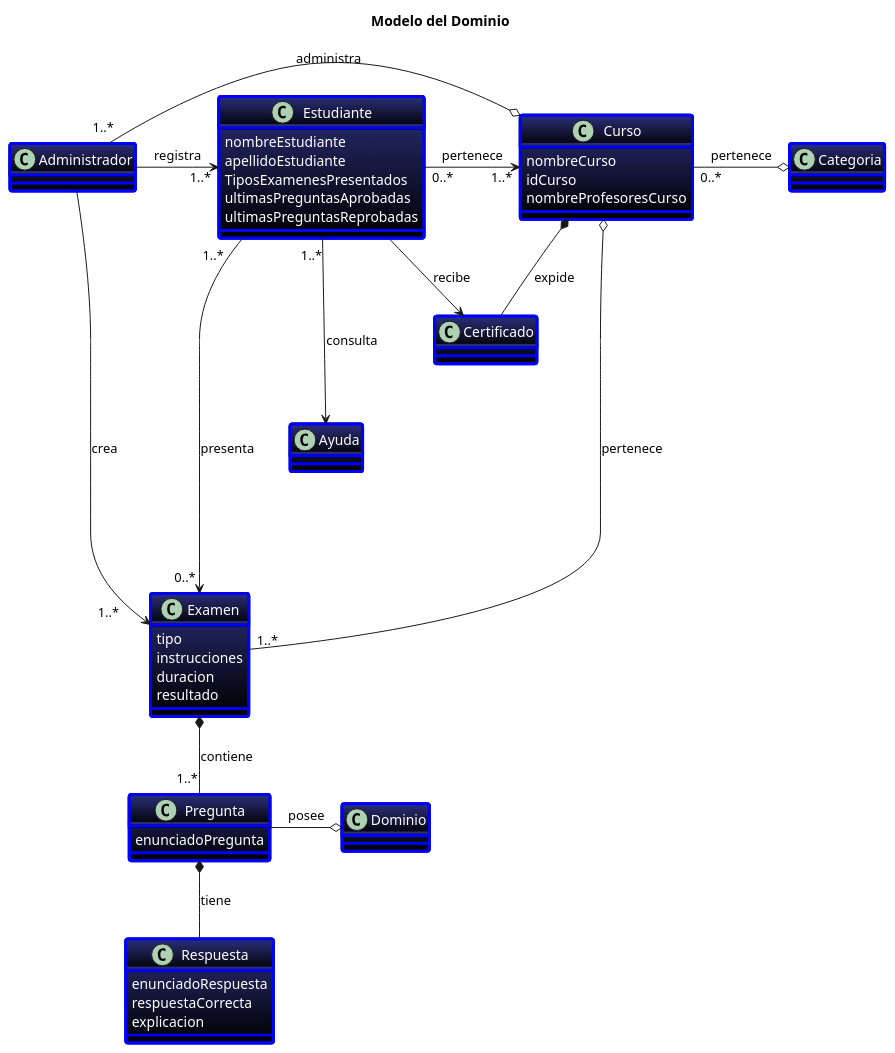
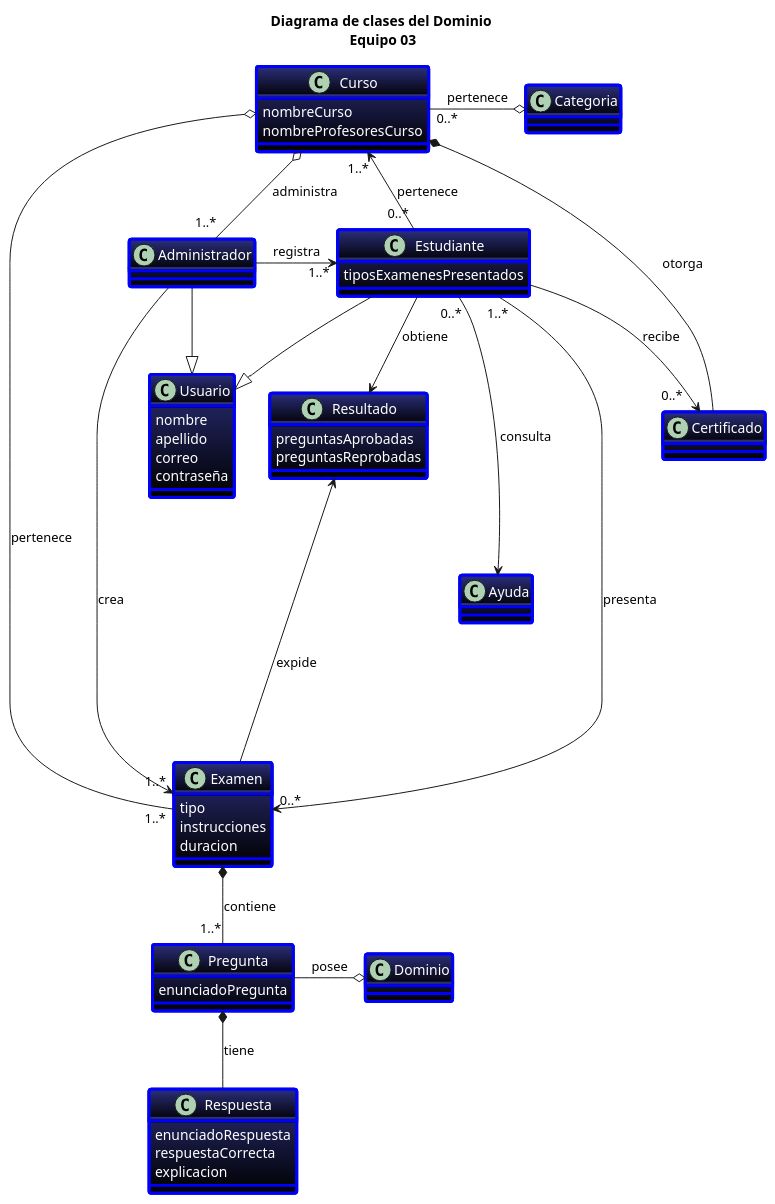
The diagram in docs/scenariosView/diagramaClasesDominio.plantuml (febres35/EdTech_IS), drawn with PlantUML before and after one commit. The commit also changed 1 other file, not shown here.

Commit message:
Cambios Diagrama de clases del dominio Se agrego la clase Usuario Se agrego la clase resultado

```diff
--- a/docs/scenariosView/diagramaClasesDominio.plantuml
+++ b/docs/scenariosView/diagramaClasesDominio.plantuml
@@ -1,66 +1,78 @@
 @startuml "Diagrama de clases"
 
-title "Modelo del Dominio"
+title "Diagrama de clases del Dominio\n Equipo 03"
 
 skinparam Class{
   BackgroundColor 2B2F7B-black
   AttributeFontColor white
   BorderThickness 3
   BorderColor blue
 }
-class Administrador{
+class Usuario{
+  nombre
+  apellido
+  correo
+  contraseña 
 }
+class Administrador
+
 class Estudiante{
-  nombreEstudiante
-  apellidoEstudiante
-  TiposExamenesPresentados
-  ultimasPreguntasAprobadas
-  ultimasPreguntasReprobadas
+  tiposExamenesPresentados
 }
 
 class Ayuda
 
 class Curso{
   nombreCurso
-  idCurso
   nombreProfesoresCurso
 }
 class Categoria
+
 class Examen{
   tipo
   instrucciones
   duracion
-  resultado
 }
+class Resultado{
+  preguntasAprobadas
+  preguntasReprobadas
+}
+
 class Pregunta{
   enunciadoPregunta
 }
 
 class Dominio
 
 class Respuesta{
   enunciadoRespuesta
   respuestaCorrecta
   explicacion
 }
 class Certificado{
 }
 
-Administrador -right-> "1..*       "Examen: crea
+Usuario <|-left- Administrador
+Usuario <|-up- Estudiante
+
+Administrador --> "1..*"Examen: crea
 Administrador -right-> "     1..*"Estudiante: registra
-Administrador "    1..*"-right-o Curso: administra
+Administrador "    1..*"-up-o Curso: administra
 
 Estudiante "0..*"-right->"    1..*"Curso: pertenece
-Estudiante "1..*   "-right-> "0..* "Examen: presenta
-Estudiante --> Certificado: recibe
-Estudiante "1..*"---> Ayuda: consulta
+Estudiante "1..*"-right-> "0..* "Examen: presenta
+Estudiante --> "0..*   "Certificado: recibe
+Estudiante "0..*"---> Ayuda: consulta
+Estudiante --> Resultado: "obtiene     "
 
 Examen *-down- "1..*"Pregunta: contiene
+Examen -up---> Resultado: expide
+
 Pregunta *-down- Respuesta: tiene
 Pregunta -right-o Dominio: posee
 
 Curso "0..*" -right-o Categoria: pertenece
 Curso o----- "1..*"Examen: pertenece
-Curso *- Certificado: expide
+Curso *- Certificado: otorga
 
 @enduml
```
